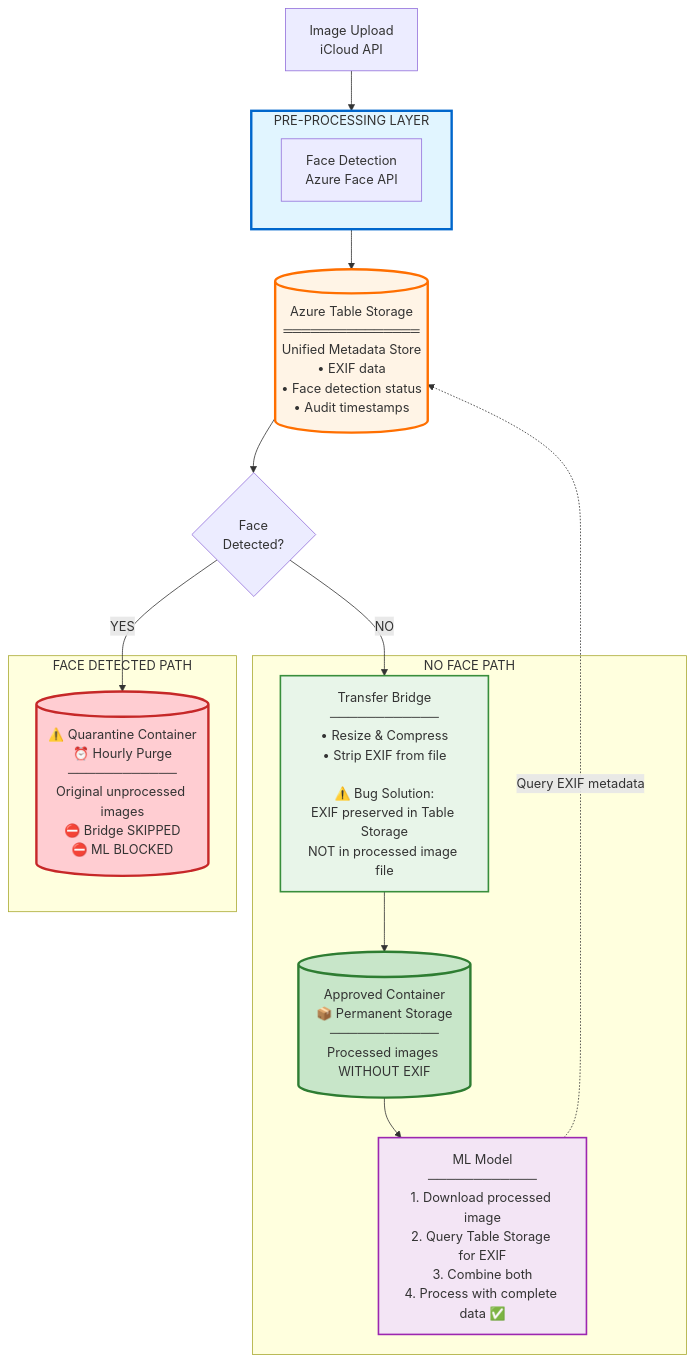
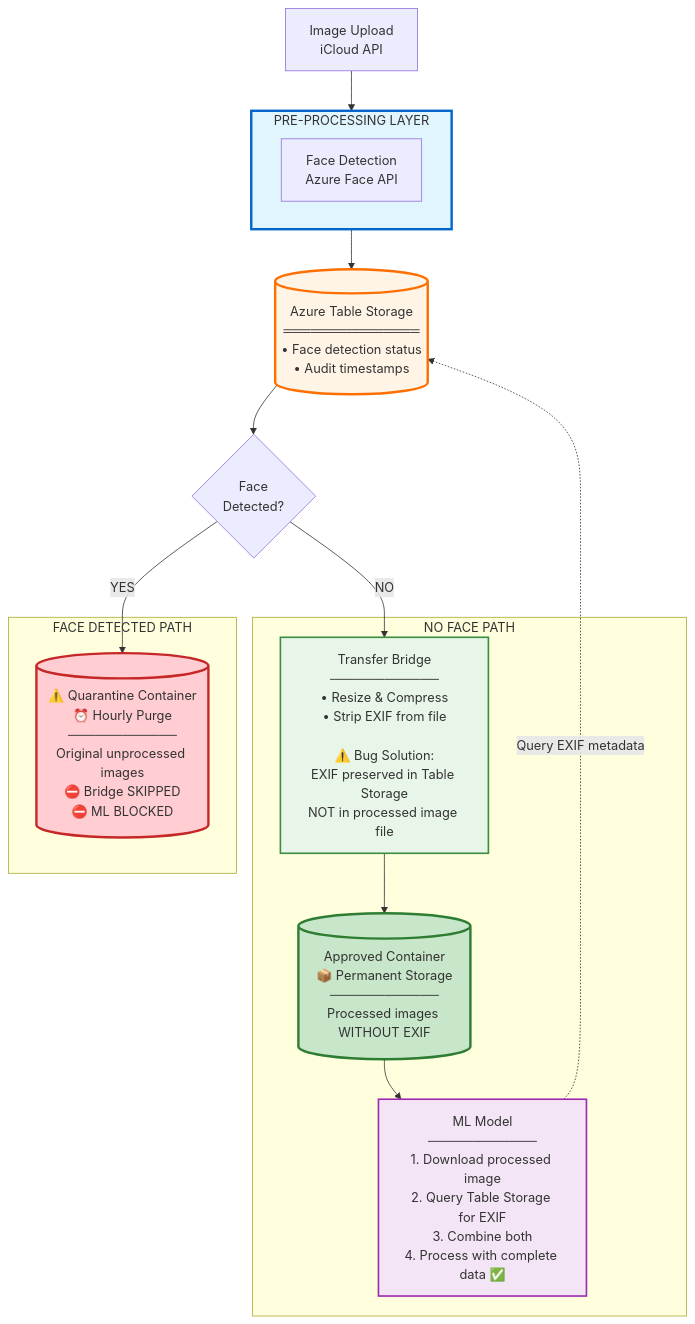
Before and after one commit to anandSgunti/cloud: the diagram in 03. The-Privacy/Solution architecture.md, drawn with Mermaid.

Commit message:
Update Solution architecture.md

````diff
--- a/03. The-Privacy/Solution architecture.md
+++ b/03. The-Privacy/Solution architecture.md
@@ -17,41 +17,41 @@
 ```mermaid
 flowchart TD
     Start[Image Upload<br/>iCloud API]
     
     subgraph PreProcess[PRE-PROCESSING LAYER]
         FaceDetect[Face Detection<br/>Azure Face API]
     end
     
-    TableStorage[(Azure Table Storage<br/>═══════════════<br/>Unified Metadata Store<br/>• EXIF data<br/>• Face detection status<br/>• Audit timestamps)]
+    TableStorage[(Azure Table Storage<br/>═══════════════<br/>• Face detection status<br/>• Audit timestamps)]
     
     Decision{Face<br/>Detected?}
     
     subgraph NoFace[NO FACE PATH]
         Bridge[Transfer Bridge<br/>────────────<br/>• Resize & Compress<br/>• Strip EXIF from file<br/><br/>⚠️ Bug Solution:<br/>EXIF preserved in Table Storage<br/>NOT in processed image file]
         Approved[(Approved Container<br/>📦 Permanent Storage<br/>────────────<br/>Processed images WITHOUT EXIF)]
         ML[ML Model<br/>────────────<br/>1. Download processed image<br/>2. Query Table Storage for EXIF<br/>3. Combine both<br/>4. Process with complete data ✅]
     end
     
     subgraph FacePath[FACE DETECTED PATH]
         Quarantine[(⚠️ Quarantine Container<br/>⏰ Hourly Purge<br/>────────────<br/>Original unprocessed images<br/>⛔ Bridge SKIPPED<br/>⛔ ML BLOCKED)]
     end
     
     Start --> PreProcess
     PreProcess --> TableStorage
     TableStorage --> Decision
     
     Decision -->|NO| Bridge
     Bridge --> Approved
     Approved --> ML
     ML -.Query EXIF metadata.-> TableStorage
     
     Decision -->|YES| Quarantine
     
     
     style PreProcess fill:#e1f5ff,stroke:#0066cc,stroke-width:3px
     style TableStorage fill:#fff4e6,stroke:#ff6f00,stroke-width:3px
     style Bridge fill:#e8f5e9,stroke:#388e3c,stroke-width:2px
     style Approved fill:#c8e6c9,stroke:#2e7d32,stroke-width:3px
     style ML fill:#f3e5f5,stroke:#9c27b0,stroke-width:2px
     style Quarantine fill:#ffcdd2,stroke:#c62828,stroke-width:3px
 ```
````
